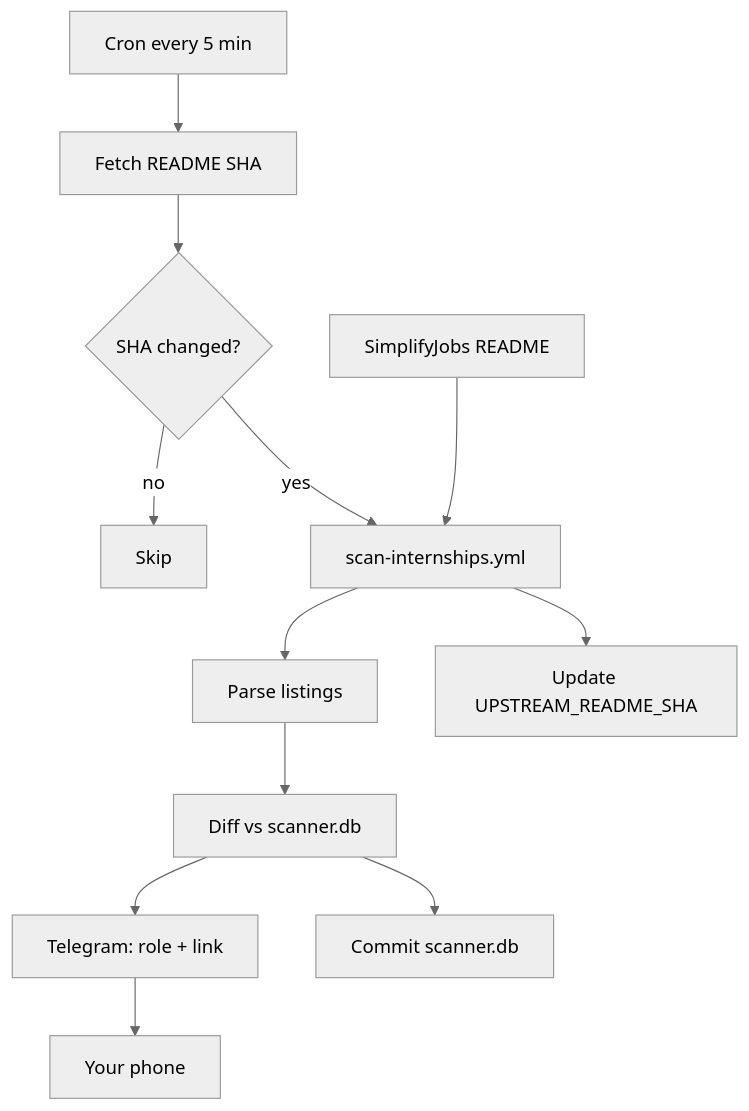
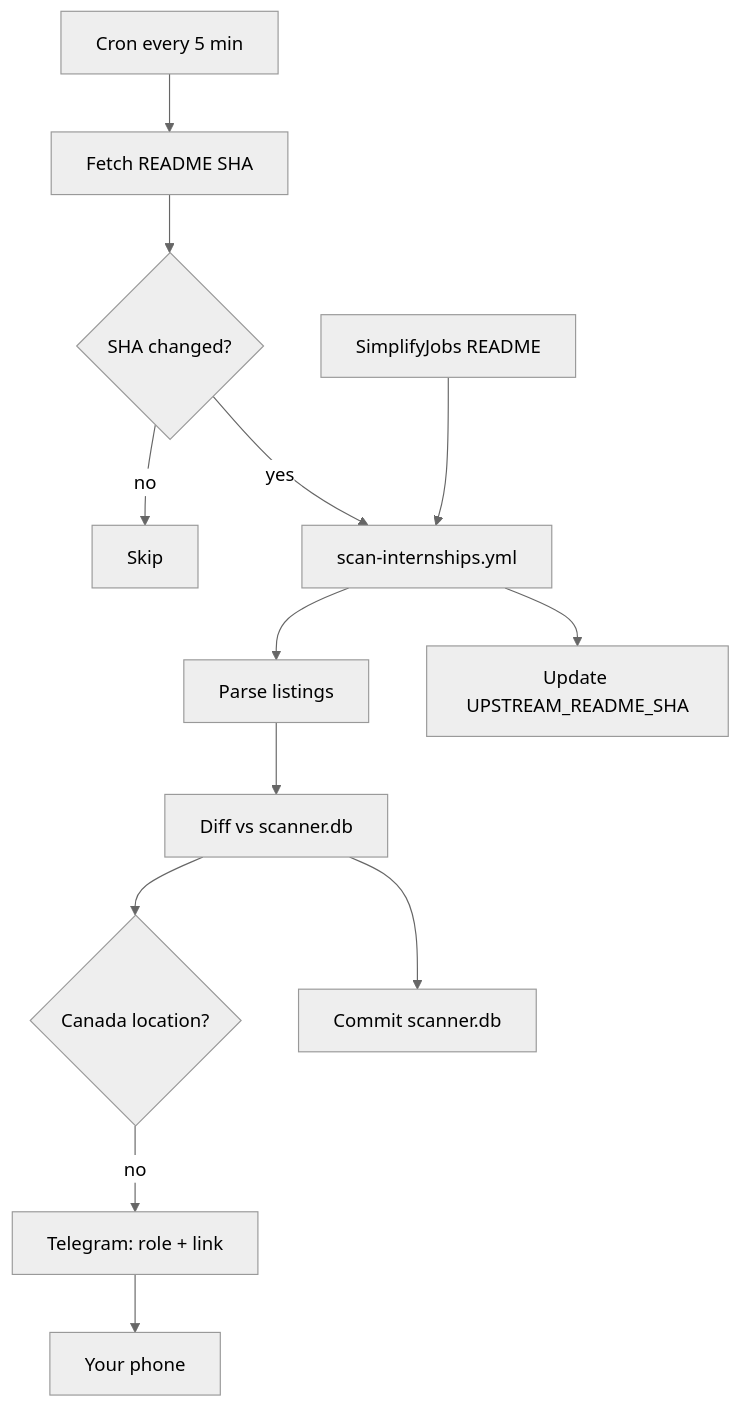
One commit to AnushSonone/job-apply-assistant changed the second of 3 diagrams in README.md. Above: the diagram before and after it, drawn with Mermaid (neutral theme). The commit also changed other lines of this file, not shown here.

First line of the commit message:
Show architecture Mermaid diagrams directly on GitHub README.

````diff
--- a/README.md
+++ b/README.md
@@ -47,14 +55,15 @@
 ```mermaid
 flowchart TD
     CRON[Cron every 5 min] --> SHA[Fetch README SHA]
     SHA --> CHANGED{SHA changed?}
     CHANGED -->|no| SKIP[Skip]
     CHANGED -->|yes| SCAN[scan-internships.yml]
     SJ[SimplifyJobs README] --> SCAN
     SCAN --> PARSE[Parse listings]
     PARSE --> DIFF[Diff vs scanner.db]
-    DIFF --> ALERT[Telegram: role + link]
+    DIFF --> FILTER{Canada location?}
+    DIFF --> COMMIT[Commit scanner.db]
+    FILTER -->|no| ALERT[Telegram: role + link]
     ALERT --> TG[Your phone]
-    DIFF --> COMMIT[Commit scanner.db]
     SCAN --> VAR[Update UPSTREAM_README_SHA]
 ```
````
